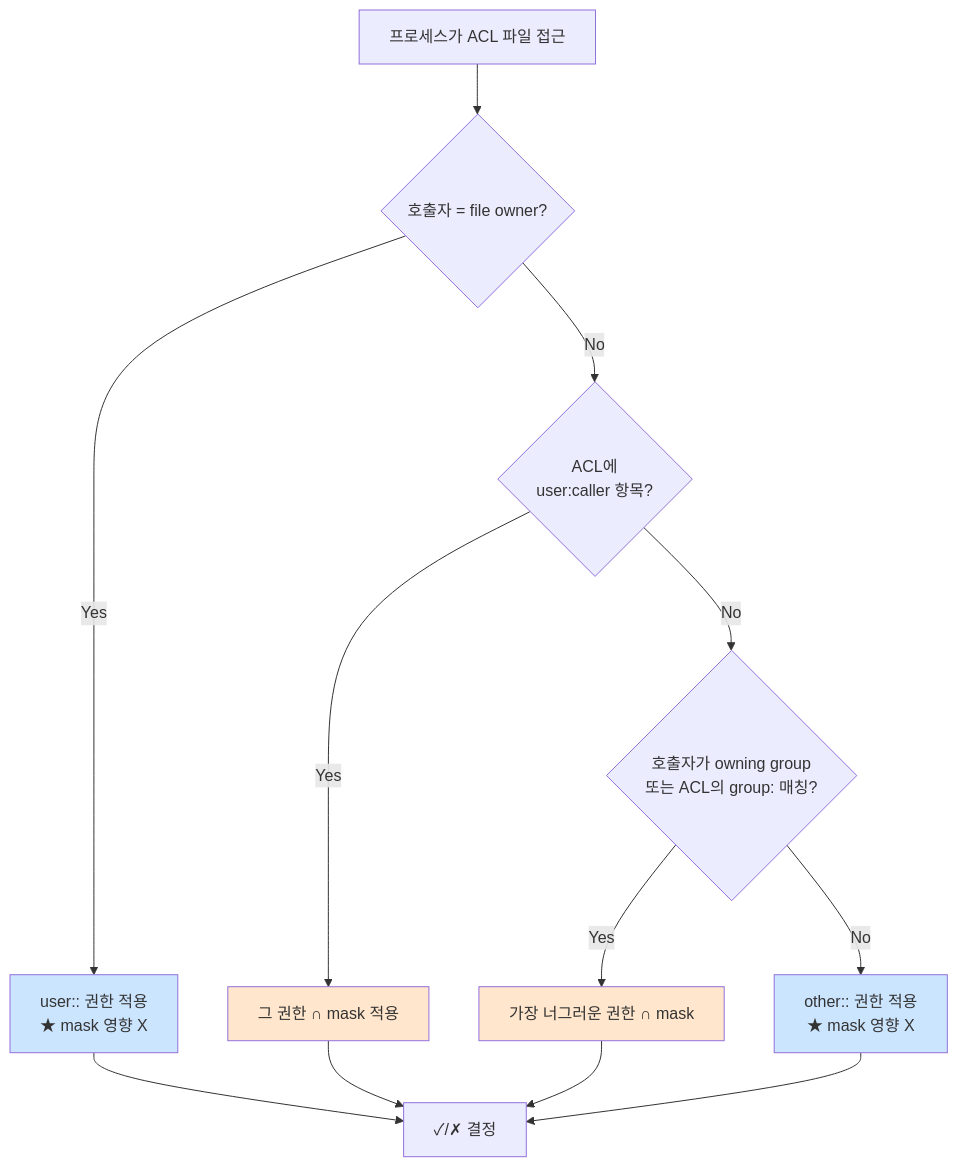
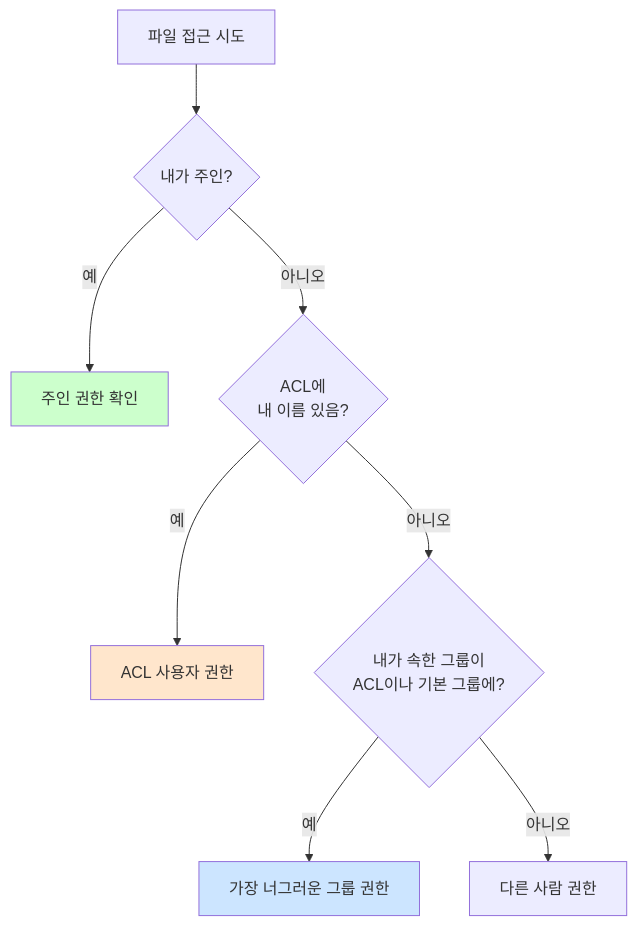
Before and after one commit to codewhite7777/codyssey_notes: the third of 3 diagrams in codyssey_b1_1_study/posix-acl.md, drawn with Mermaid. The commit also changed other lines of this file, not shown here.

First line of the commit message:
docs(posix-acl): 학습자 친화 구조 + 쉬운 언어

````diff
--- a/codyssey_b1_1_study/posix-acl.md
+++ b/codyssey_b1_1_study/posix-acl.md
@@ -38,23 +182,14 @@
 ```mermaid
 flowchart TD
-    A[프로세스가 ACL 파일 접근] --> B{호출자 = file owner?}
-    B -->|Yes| C[user:: 권한 적용<br/>★ mask 영향 X]
+    A[파일 접근 시도] --> B{내가 주인?}
+    B -->|예| O[주인 권한 확인]
+    B -->|아니오| C{ACL에<br/>내 이름 있음?}
+    C -->|예| U[ACL 사용자 권한]
+    C -->|아니오| D{내가 속한 그룹이<br/>ACL이나 기본 그룹에?}
+    D -->|예| G[가장 너그러운 그룹 권한]
+    D -->|아니오| X[다른 사람 권한]
 
-    B -->|No| D{ACL에<br/>user:caller 항목?}
-    D -->|Yes| E[그 권한 ∩ mask 적용]
-
-    D -->|No| F{호출자가 owning group<br/>또는 ACL의 group: 매칭?}
-    F -->|Yes| G[가장 너그러운 권한 ∩ mask]
-
-    F -->|No| H[other:: 권한 적용<br/>★ mask 영향 X]
-
-    C --> Z[✓/✗ 결정]
-    E --> Z
-    G --> Z
-    H --> Z
-
-    style C fill:#cce5ff
-    style E fill:#ffe6cc
-    style G fill:#ffe6cc
-    style H fill:#cce5ff
+    style O fill:#ccffcc
+    style U fill:#ffe6cc
+    style G fill:#cce5ff
 ```
````
